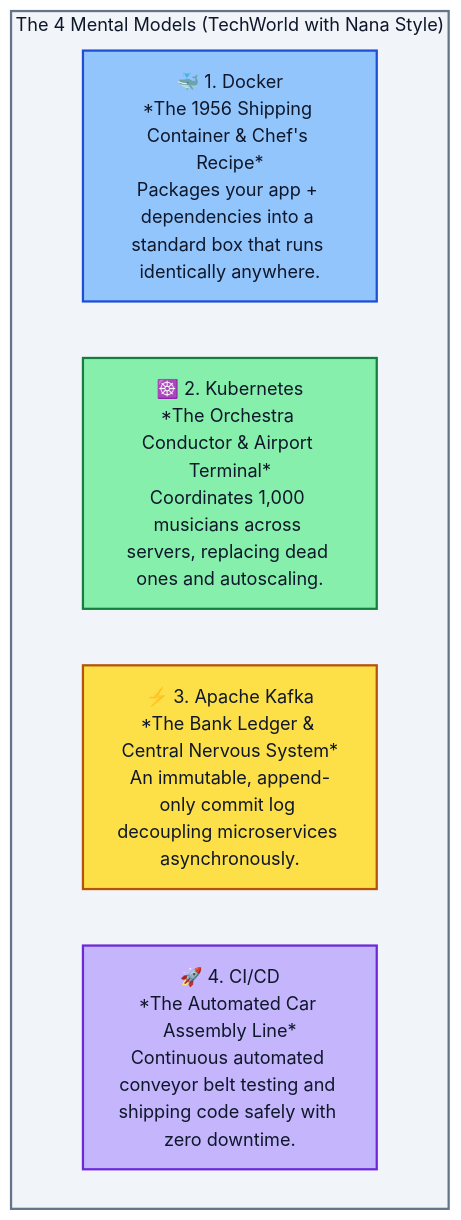
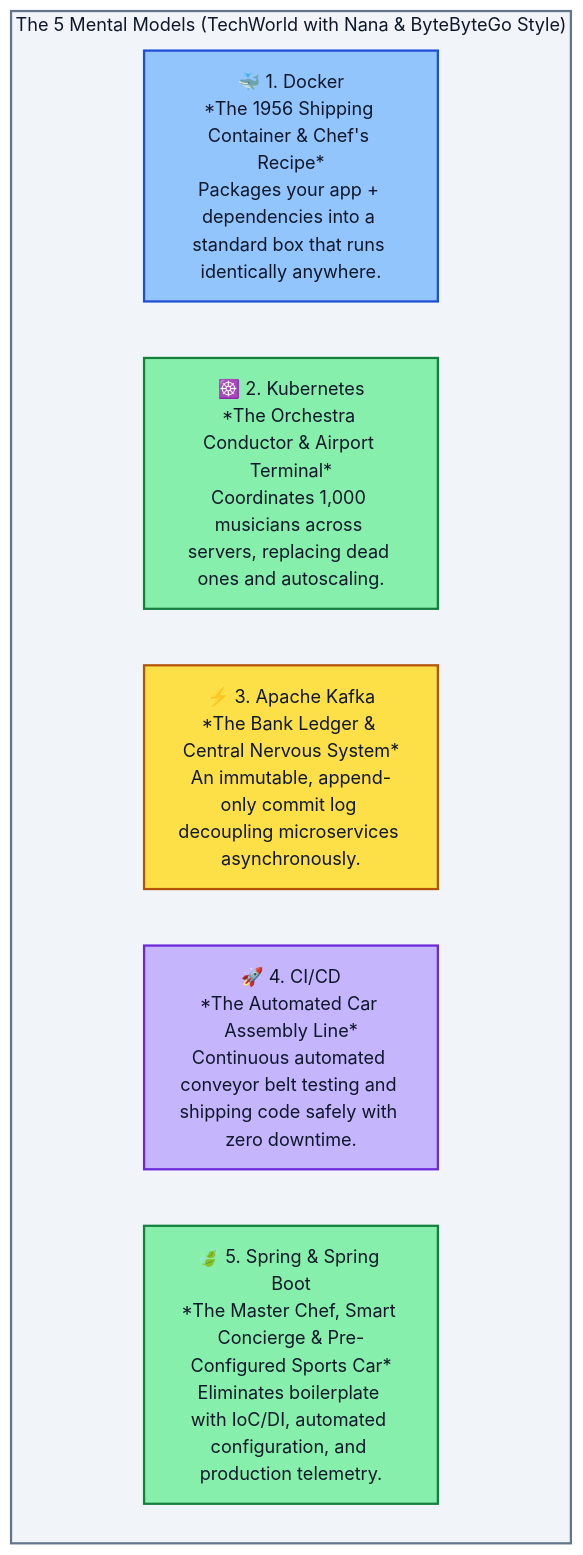
Before and after one commit to PandeyKishan/Study-Notes: the first of 3 diagrams in README.md, drawn with Mermaid. The commit also changed other lines of this file and 45 other files, not shown here.

Commit message:
feat: add comprehensive Spring and Spring Boot study notes and update capstone cluster

````diff
--- a/README.md
+++ b/README.md
@@ -14,15 +14,17 @@
 ```mermaid
 flowchart TD
-    subgraph Analogies["The 4 Mental Models (TechWorld with Nana Style)"]
+    subgraph Analogies["The 5 Mental Models (TechWorld with Nana & ByteByteGo Style)"]
         D["🐳 1. Docker\n*The 1956 Shipping Container & Chef's Recipe*\nPackages your app + dependencies into a standard box that runs identically anywhere."]
         K["☸️ 2. Kubernetes\n*The Orchestra Conductor & Airport Terminal*\nCoordinates 1,000 musicians across servers, replacing dead ones and autoscaling."]
         KF["⚡ 3. Apache Kafka\n*The Bank Ledger & Central Nervous System*\nAn immutable, append-only commit log decoupling microservices asynchronously."]
         CI["🚀 4. CI/CD\n*The Automated Car Assembly Line*\nContinuous automated conveyor belt testing and shipping code safely with zero downtime."]
+        SB["🍃 5. Spring & Spring Boot\n*The Master Chef, Smart Concierge & Pre-Configured Sports Car*\nEliminates boilerplate with IoC/DI, automated configuration, and production telemetry."]
     end
 
     style Analogies fill:#f1f5f9,stroke:#64748b,stroke-width:2px,color:#0f172a
     style D fill:#93c5fd,stroke:#1d4ed8,stroke-width:2px,color:#0f172a
     style K fill:#86efac,stroke:#15803d,stroke-width:2px,color:#0f172a
     style KF fill:#fde047,stroke:#b45309,stroke-width:2px,color:#0f172a
     style CI fill:#c4b5fd,stroke:#6d28d9,stroke-width:2px,color:#0f172a
+    style SB fill:#86efac,stroke:#15803d,stroke-width:2px,color:#0f172a
 ```
````
